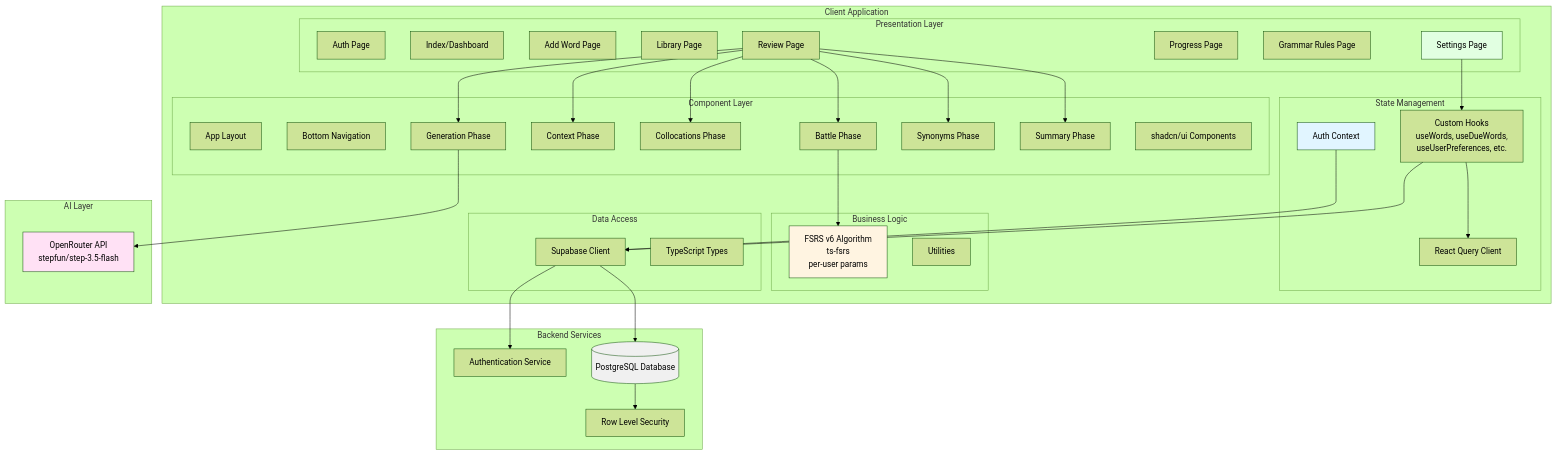
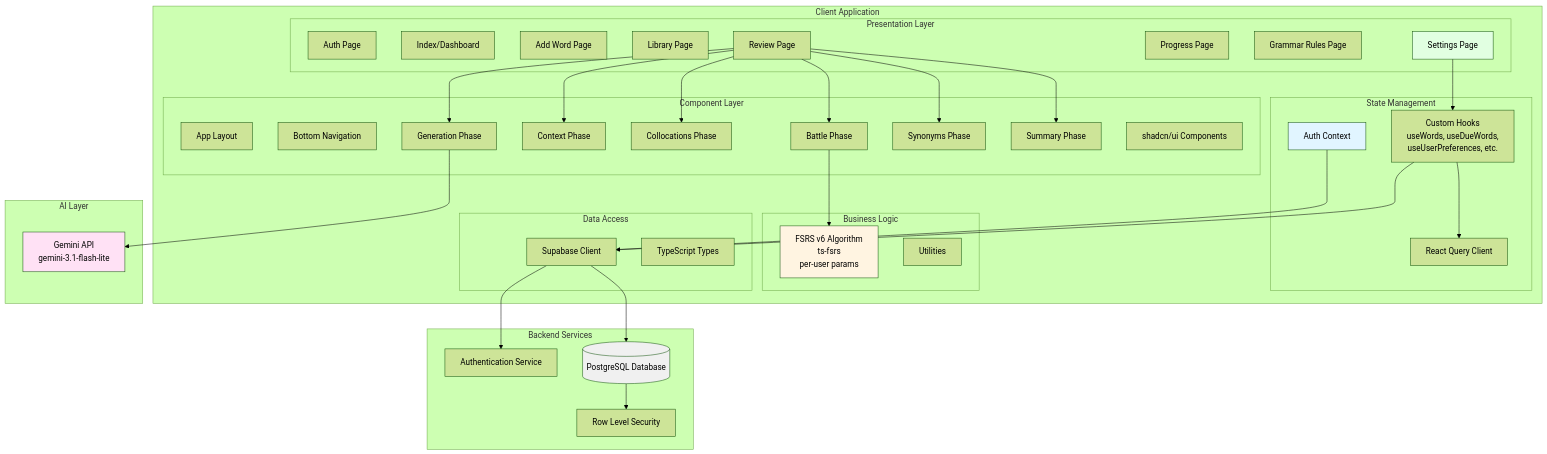
One commit to MirazZim/LexCore changed the first of 5 diagrams in README.md. Above: the diagram before and after it, drawn with Mermaid (forest theme). The commit also changed other lines of this file and 5 other files, not shown here.

First line of the commit message:
fix: replace deprecated OpenRouter model with direct Gemini calls

````diff
--- a/README.md
+++ b/README.md
@@ -66,78 +66,78 @@
 ```mermaid
 graph TB
     subgraph "Client Application"
         subgraph "Presentation Layer"
             AuthPage[Auth Page]
             IndexPage[Index/Dashboard]
             AddWordPage[Add Word Page]
             LibraryPage[Library Page]
             ReviewPage[Review Page]
             ProgressPage[Progress Page]
             GrammarPage[Grammar Rules Page]
             SettingsPage[Settings Page]
         end
 
         subgraph "Component Layer"
             AppLayout[App Layout]
             BottomNav[Bottom Navigation]
             BattlePhase[Battle Phase]
             ContextPhase[Context Phase]
             CollocationsPhase[Collocations Phase]
             GenerationPhase[Generation Phase]
             SynonymsPhase[Synonyms Phase]
             SummaryPhase[Summary Phase]
             UIComponents[shadcn/ui Components]
         end
 
         subgraph "State Management"
             AuthContext[Auth Context]
             QueryClient[React Query Client]
             CustomHooks[Custom Hooks<br/>useWords, useDueWords,<br/>useUserPreferences, etc.]
         end
 
         subgraph "Business Logic"
             FSRS[FSRS v6 Algorithm<br/>ts-fsrs<br/>per-user params]
             Utils[Utilities]
         end
 
         subgraph "Data Access"
             SupabaseClient[Supabase Client]
             Types[TypeScript Types]
         end
     end
 
     subgraph "Backend Services"
         Auth[Authentication Service]
         Database[(PostgreSQL Database)]
         RLS[Row Level Security]
     end
 
     subgraph "AI Layer"
-        OpenRouter[OpenRouter API<br/>stepfun/step-3.5-flash]
+        Gemini[Gemini API<br/>gemini-3.1-flash-lite]
     end
 
     ReviewPage --> BattlePhase
     ReviewPage --> ContextPhase
     ReviewPage --> CollocationsPhase
     ReviewPage --> GenerationPhase
     ReviewPage --> SynonymsPhase
     ReviewPage --> SummaryPhase
 
     BattlePhase --> FSRS
-    GenerationPhase --> OpenRouter
+    GenerationPhase --> Gemini
     SettingsPage --> CustomHooks
 
     CustomHooks --> QueryClient
     CustomHooks --> SupabaseClient
     AuthContext --> SupabaseClient
 
     SupabaseClient --> Auth
     SupabaseClient --> Database
     Database --> RLS
 
     style FSRS fill:#fff4e1
-    style OpenRouter fill:#ffe1f5
+    style Gemini fill:#ffe1f5
     style Database fill:#f0f0f0
     style AuthContext fill:#e1f5ff
     style SettingsPage fill:#e1ffe1
 ```
````
